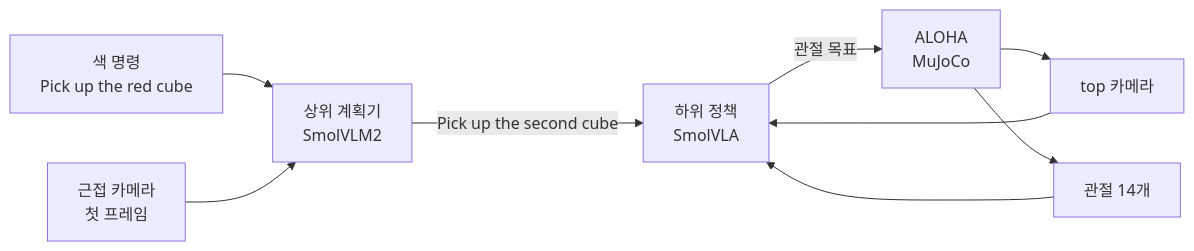
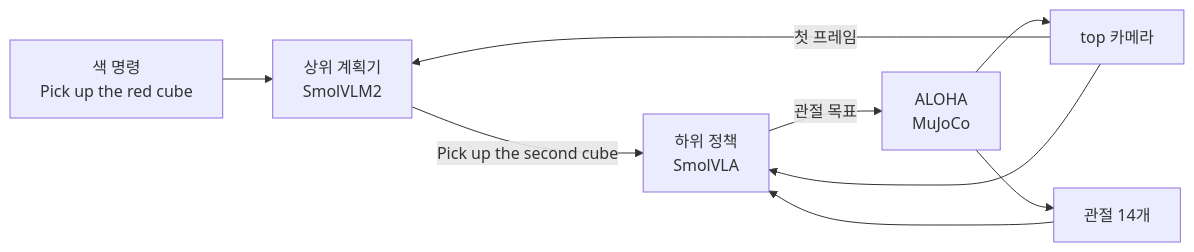
The diagram in README.md (kmikesierra01/AlohaVla), drawn with Mermaid before and after one commit. The commit also changed other lines of this file and 6 other files, not shown here.

````diff
--- a/README.md
+++ b/README.md
@@ -75,11 +76,11 @@
 ```mermaid
 flowchart LR
     CMD["색 명령<br/>Pick up the red cube"] --> PLAN["상위 계획기<br/>SmolVLM2"]
-    ZOOM["근접 카메라<br/>첫 프레임"] --> PLAN
+    TOP -->|"첫 프레임"| PLAN
     PLAN -->|"Pick up the second cube"| POL["하위 정책<br/>SmolVLA"]
     TOP["top 카메라"] --> POL
     JS["관절 14개"] --> POL
     POL -->|"관절 목표"| SIM["ALOHA<br/>MuJoCo"]
     SIM --> TOP
     SIM --> JS
 ```
````
